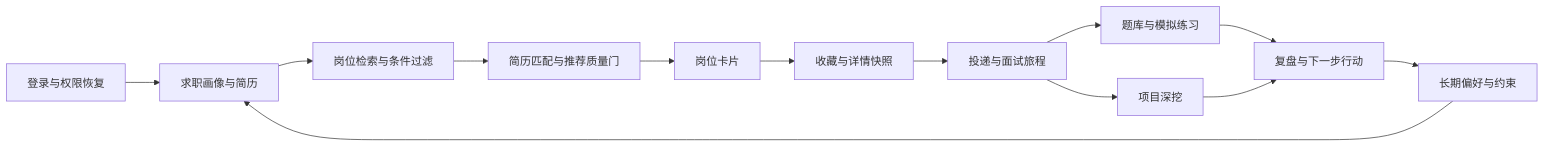
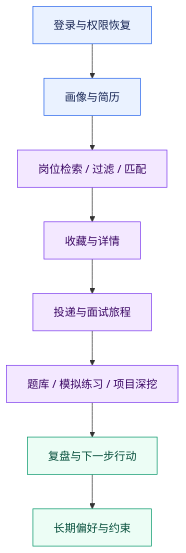
Before and after one commit to Logistic98/job-buddy: the third of 5 diagrams in agent-doc/架构设计/系统架构与核心链路.md, drawn with Mermaid. The commit also changed other lines of this file and 32 other files, not shown here.

````diff
--- a/agent-doc/架构设计/系统架构与核心链路.md
+++ b/agent-doc/架构设计/系统架构与核心链路.md
@@ -95,15 +88,17 @@
 ```mermaid
-graph LR
-    LOGIN[登录与权限恢复] --> PROFILE[求职画像与简历]
-    PROFILE --> SEARCH[岗位检索与条件过滤]
-    SEARCH --> MATCH[简历匹配与推荐质量门]
-    MATCH --> CARDS[岗位卡片]
-    CARDS --> FAVORITE[收藏与详情快照]
+graph TD
+    LOGIN[登录与权限恢复] --> PROFILE[画像与简历]
+    PROFILE --> DISCOVER["岗位检索 / 过滤 / 匹配"]
+    DISCOVER --> FAVORITE[收藏与详情]
     FAVORITE --> JOURNEY[投递与面试旅程]
-    JOURNEY --> INTERVIEW[题库与模拟练习]
-    JOURNEY --> PROJECT[项目深挖]
-    INTERVIEW --> REVIEW[复盘与下一步行动]
-    PROJECT --> REVIEW
+    JOURNEY --> PREP["题库 / 模拟练习 / 项目深挖"]
+    PREP --> REVIEW[复盘与下一步行动]
     REVIEW --> MEMORY[长期偏好与约束]
-    MEMORY --> PROFILE
+
+    classDef start fill:#EAF2FF,stroke:#2563EB,color:#172554;
+    classDef process fill:#F3E8FF,stroke:#7C3AED,color:#3B0764;
+    classDef outcome fill:#ECFDF5,stroke:#059669,color:#064E3B;
+    class LOGIN,PROFILE start;
+    class DISCOVER,FAVORITE,JOURNEY,PREP process;
+    class REVIEW,MEMORY outcome;
 ```
````
